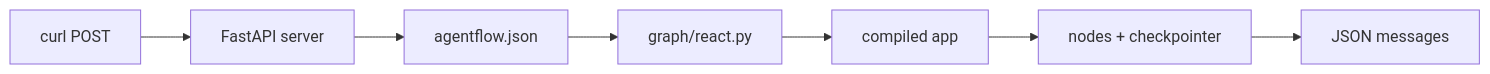
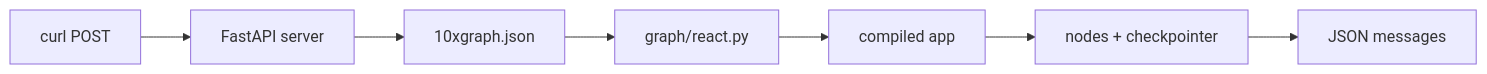
One commit to 10xHub/agentflow-docs changed the diagram in src/content/docs/beginner/run-with-api.md. Above: the diagram before and after it, drawn with Mermaid. The commit also changed other lines of this file and 237 other files, not shown here.

````diff
--- a/src/content/docs/beginner/run-with-api.md
+++ b/src/content/docs/beginner/run-with-api.md
@@ -139,9 +139,9 @@
 ```mermaid
 flowchart LR
   Curl[curl POST] --> API[FastAPI server]
-  API --> Config[agentflow.json]
+  API --> Config[10xgraph.json]
   Config --> Module[graph/react.py]
   Module --> App[compiled app]
   App --> Graph[nodes + checkpointer]
   Graph --> Response[JSON messages]
 ```
````
